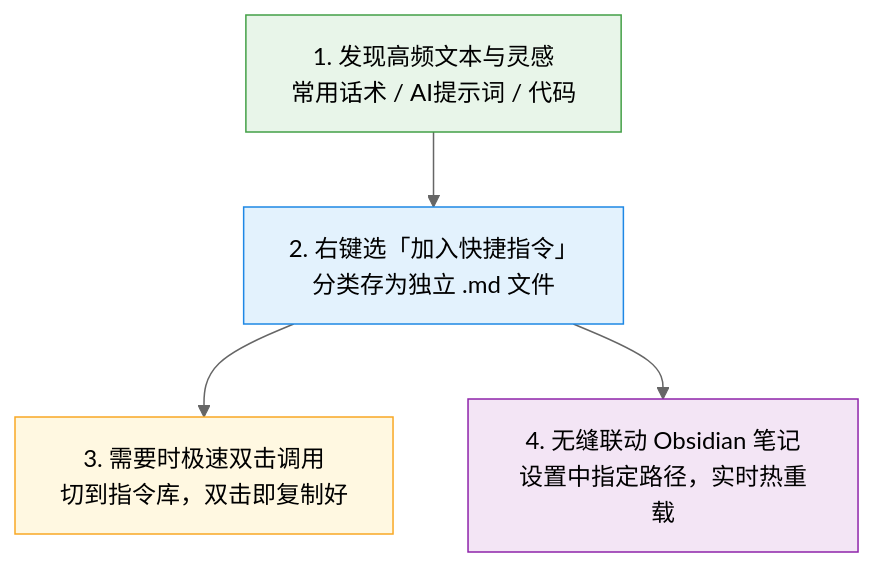
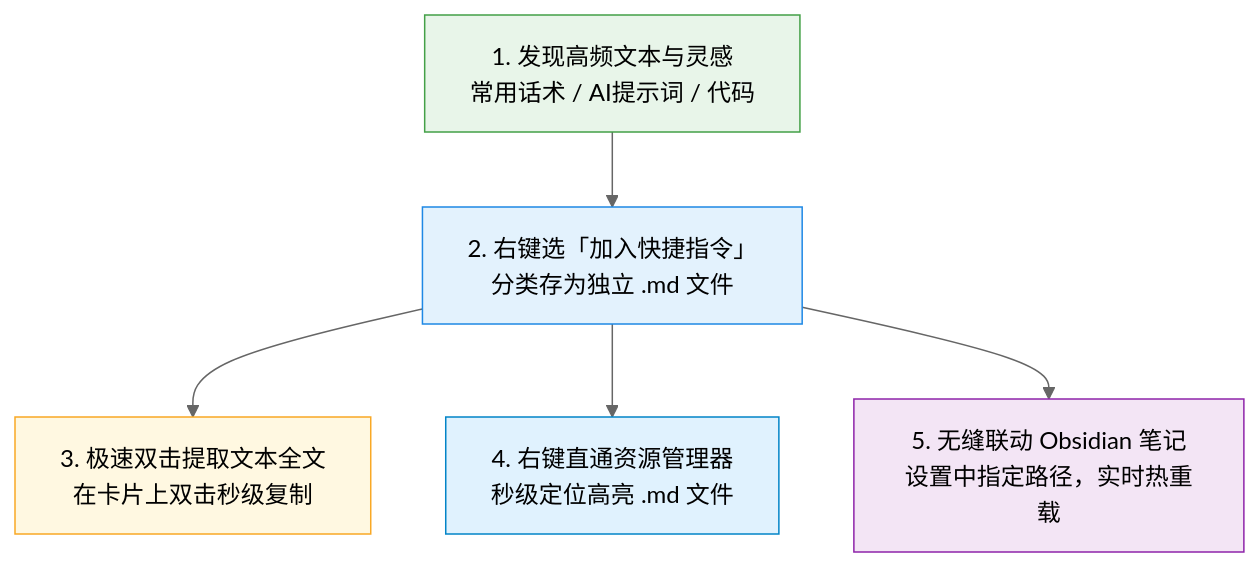
One commit to CatBoss-Paw/EasyClipboard changed the sixth of 8 diagrams in README.md. Above: the diagram before and after it, drawn with Mermaid (neutral theme). The commit also changed other lines of this file and 4 other files, not shown here.

````diff
--- a/README.md
+++ b/README.md
@@ -187,11 +190,13 @@
 ```mermaid
 graph TD
     A["1. 发现高频文本与灵感<br/>常用话术 / AI提示词 / 代码"] --> B["2. 右键选「加入快捷指令」<br/>分类存为独立 .md 文件"]
-    B --> C["3. 需要时极速双击调用<br/>切到指令库，双击即复制好"]
-    B --> D["4. 无缝联动 Obsidian 笔记<br/>设置中指定路径，实时热重载"]
+    B --> C["3. 极速双击提取文本全文<br/>在卡片上双击秒级复制"]
+    B --> D["4. 右键直通资源管理器<br/>秒级定位高亮 .md 文件"]
+    B --> E["5. 无缝联动 Obsidian 笔记<br/>设置中指定路径，实时热重载"]
 
     style A fill:#e8f5e9,stroke:#43a047,color:#000
     style B fill:#e3f2fd,stroke:#1e88e5,color:#000
     style C fill:#fff8e1,stroke:#f9a825,color:#000
-    style D fill:#f3e5f5,stroke:#8e24aa,color:#000
+    style D fill:#e0f2fe,stroke:#0284c7,color:#000
+    style E fill:#f3e5f5,stroke:#8e24aa,color:#000
 ```
````
